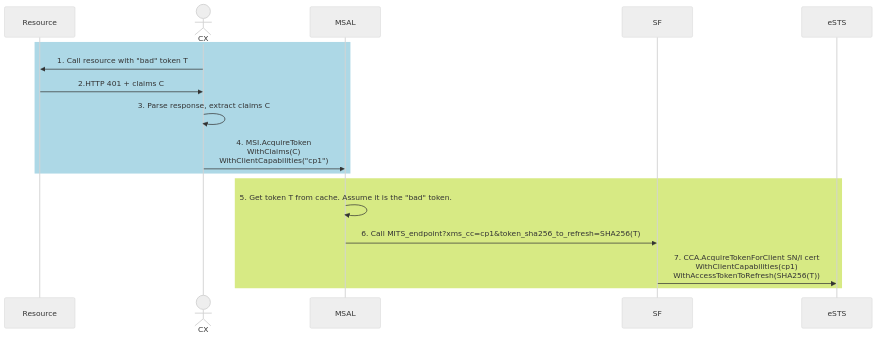
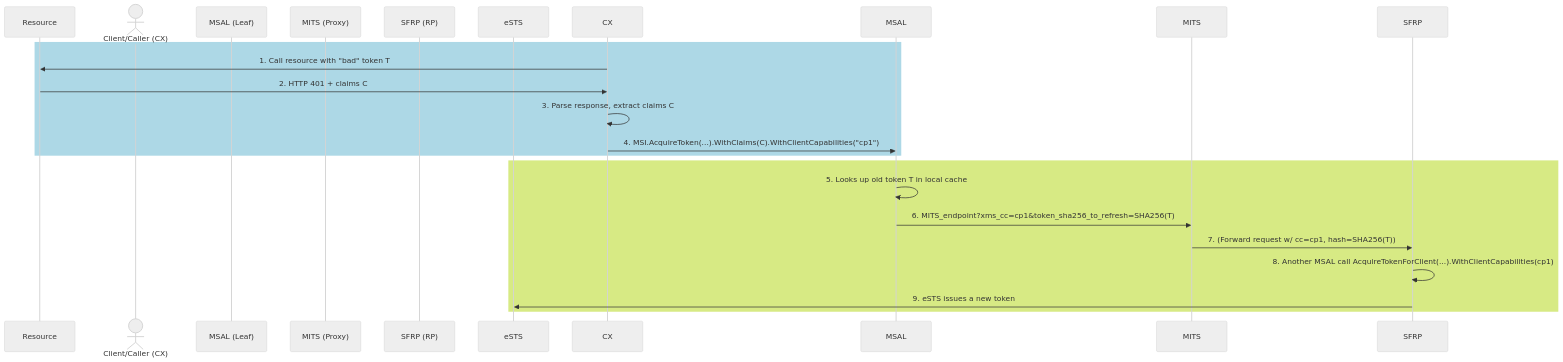
One commit to AzureAD/microsoft-authentication-library-for-dotnet changed the first of 2 diagrams in docs/msiv1_token_revocation.md. Above: the diagram before and after it, drawn with Mermaid (neutral theme). The commit also changed other lines of this file, not shown here.

Commit message:
Update token revocation sequence diagram and explanation

````diff
--- a/docs/msiv1_token_revocation.md
+++ b/docs/msiv1_token_revocation.md
@@ -13,20 +13,24 @@
 ```mermaid
 sequenceDiagram
     participant Resource
-    actor CX
-    participant MSAL
-    participant SF        
+    actor Client/Caller (CX)
+    participant MSAL (Leaf)
+    participant MITS (Proxy)
+    participant SFRP (RP)
     participant eSTS
 
 rect rgb(173, 216, 230)
-    CX->> Resource: 1. Call resource with "bad" token T
-    Resource->>CX: 2.HTTP 401 + claims C
+    CX->>Resource: 1. Call resource with "bad" token T
+    Resource->>CX: 2. HTTP 401 + claims C
     CX->>CX: 3. Parse response, extract claims C
-    CX->>MSAL: 4. MSI.AcquireToken <br/> WithClaims(C) <br/> WithClientCapabilities("cp1")
+    CX->>MSAL: 4. MSI.AcquireToken(...).WithClaims(C).WithClientCapabilities("cp1")
 end
+
 rect rgb(215, 234, 132)
-    MSAL->>MSAL: 5. Get token T from cache. Assume it is the "bad" token.
-    MSAL->>SF: 6. Call MITS_endpoint?xms_cc=cp1&token_sha256_to_refresh=SHA256(T)
-    SF->>eSTS: 7. CCA.AcquireTokenForClient SN/I cert <br/> WithClientCapabilities(cp1) <br/> WithAccessTokenToRefresh(SHA256(T))
+    MSAL->>MSAL: 5. Looks up old token T in local cache
+    MSAL->>MITS: 6. MITS_endpoint?xms_cc=cp1&token_sha256_to_refresh=SHA256(T)
+    MITS->>SFRP: 7. (Forward request w/ cc=cp1, hash=SHA256(T))
+    SFRP->>SFRP: 8. Another MSAL call AcquireTokenForClient(...).WithClientCapabilities(cp1)
+    SFRP->>eSTS: 9. eSTS issues a new token
 end
 ```
````
